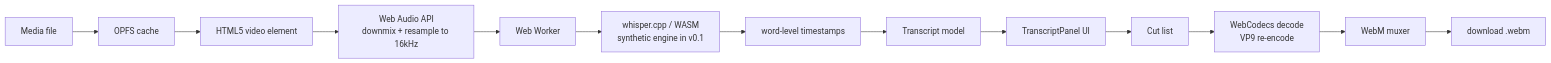
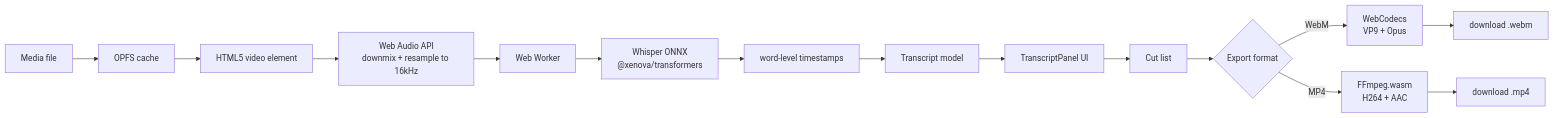
One commit to xzabir/talkcut changed the diagram in README.md. Above: the diagram before and after it, drawn with Mermaid. The commit also changed other lines of this file, not shown here.

````diff
--- a/README.md
+++ b/README.md
@@ -19,15 +19,17 @@
 ```mermaid
 flowchart LR
     A[Media file] --> B[OPFS cache]
     B --> C[HTML5 video element]
     C --> D[Web Audio API<br/>downmix + resample to 16kHz]
     D --> E[Web Worker]
-    E --> F[whisper.cpp / WASM<br/>synthetic engine in v0.1]
+    E --> F[Whisper ONNX<br/>@xenova/transformers]
     F --> G[word-level timestamps]
     G --> H[Transcript model]
     H --> I[TranscriptPanel UI]
     I --> J[Cut list]
-    J --> K[WebCodecs decode<br/>VP9 re-encode]
-    K --> L[WebM muxer]
-    L --> M[download .webm]
+    J --> K{Export format}
+    K -->|WebM| L[WebCodecs<br/>VP9 + Opus]
+    K -->|MP4| M[FFmpeg.wasm<br/>H264 + AAC]
+    L --> N[download .webm]
+    M --> O[download .mp4]
 ```
````
